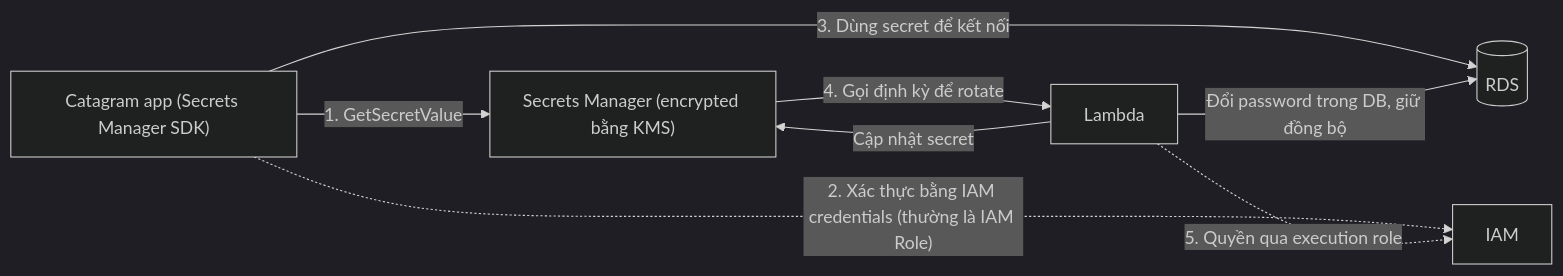
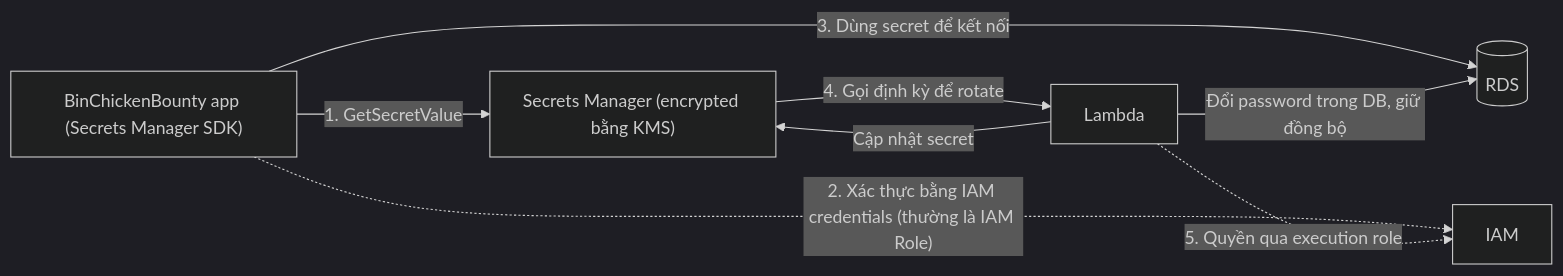
The diagram in data/18 Security Deployment and Operations/Secrets Manager.md (hairbui76/aws-saa-c03), drawn with Mermaid (dark theme) before and after one commit. The commit also changed other lines of this file and 77 other files, not shown here.

````diff
--- a/data/18 Security Deployment and Operations/Secrets Manager.md
+++ b/data/18 Security Deployment and Operations/Secrets Manager.md
@@ -28,10 +32,10 @@
 ```mermaid
 flowchart LR
-  App["Catagram app (Secrets Manager SDK)"] -->|"1. GetSecretValue"| SM["Secrets Manager (encrypted bằng KMS)"]
+  App["BinChickenBounty app (Secrets Manager SDK)"] -->|"1. GetSecretValue"| SM["Secrets Manager (encrypted bằng KMS)"]
   App -.->|"2. Xác thực bằng IAM credentials (thường là IAM Role)"| IAM["IAM"]
   App -->|"3. Dùng secret để kết nối"| RDS[("RDS")]
   SM -->|"4. Gọi định kỳ để rotate"| L["Lambda"]
   L -->|"Cập nhật secret"| SM
   L -->|"Đổi password trong DB, giữ đồng bộ"| RDS
   L -.->|"5. Quyền qua execution role"| IAM
 ```
````
